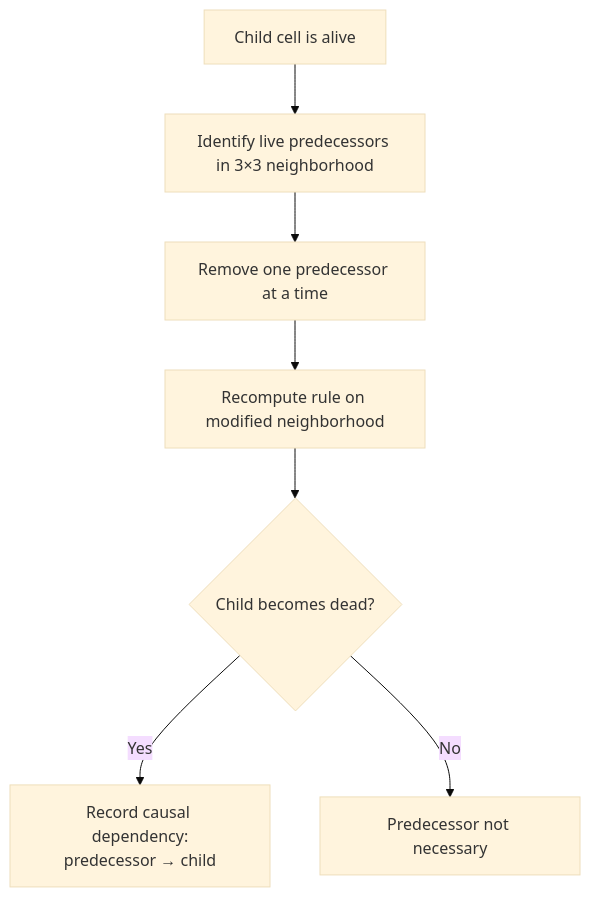
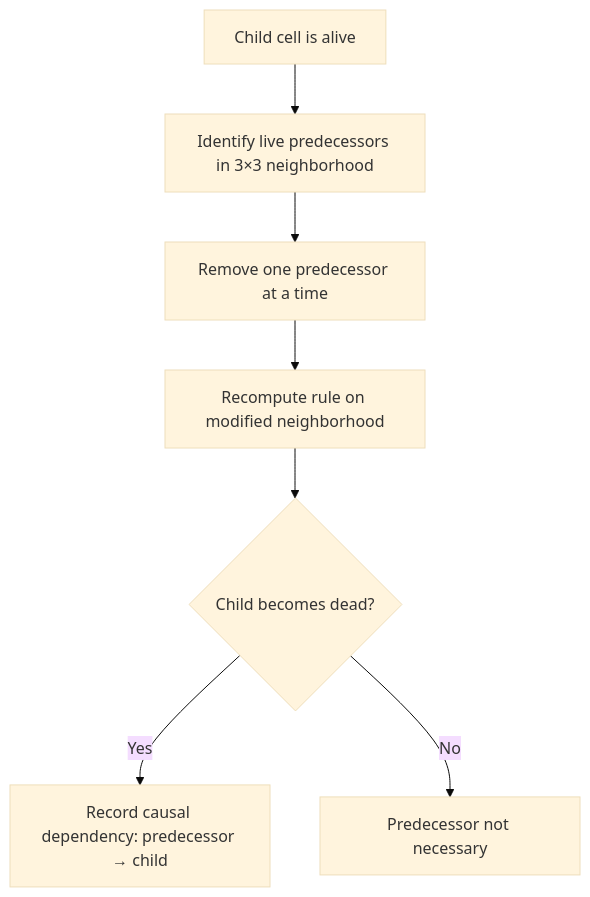
The first of 4 diagrams in content/books/digital-life/13-is-it-really-reproducing/index.md (ernanhughes/Digital-Life), drawn with Mermaid (base theme) before and after one commit. The commit also changed other lines of this file and 3 other files, not shown here.

````diff
--- a/content/books/digital-life/13-is-it-really-reproducing/index.md
+++ b/content/books/digital-life/13-is-it-really-reproducing/index.md
@@ -175,9 +189,9 @@
 ```mermaid
 flowchart TD
-    A[Child cell is alive] --> B[Identify live predecessors in 3×3 neighborhood]
-    B --> C[Remove one predecessor at a time]
-    C --> D[Recompute rule on modified neighborhood]
-    D --> E{Child becomes dead?}
-    E -- Yes --> F[Record causal dependency:<br/>predecessor → child]
-    E -- No --> G[Predecessor not necessary]
+    A["Child cell is alive"] --> B["Identify live predecessors in 3×3 neighborhood"]
+    B --> C["Remove one predecessor at a time"]
+    C --> D["Recompute rule on modified neighborhood"]
+    D --> E{"Child becomes dead?"}
+    E -- Yes --> F["Record causal dependency: predecessor → child"]
+    E -- No --> G["Predecessor not necessary"]
 ```
````
